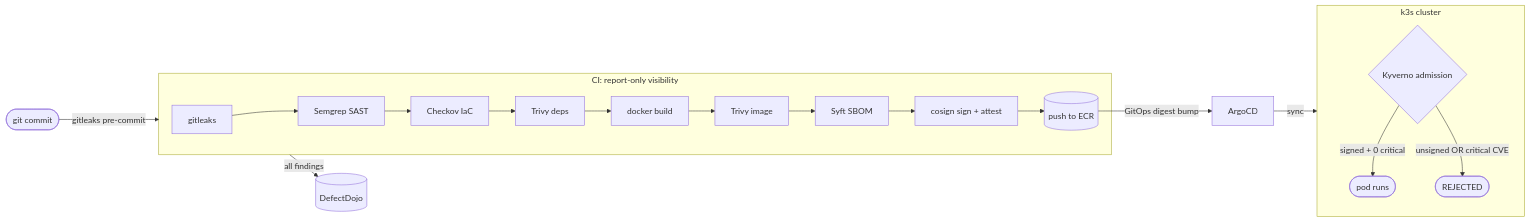
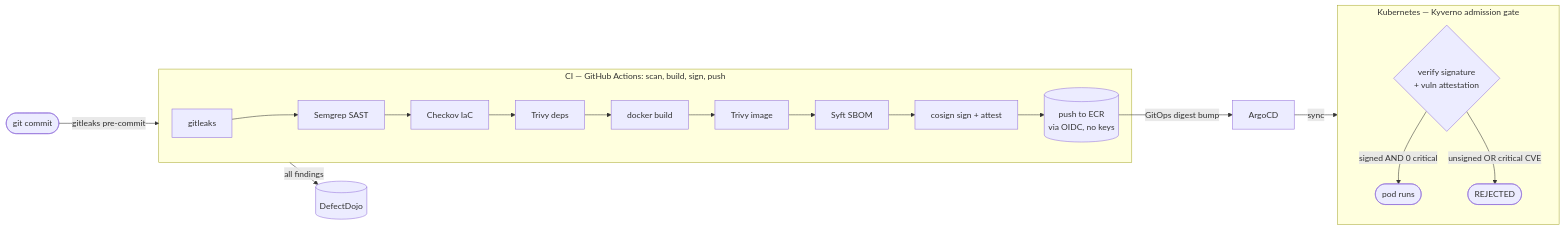
The diagram in README.md (Advit105/secure-supply-chain-pipeline), drawn with Mermaid before and after one commit. The commit also changed other lines of this file and 3 other files, not shown here.

````diff
--- a/README.md
+++ b/README.md
@@ -16,25 +51,25 @@
 ```mermaid
 flowchart LR
   dev([git commit]) -->|gitleaks pre-commit| ci
 
-  subgraph ci [CI: report-only visibility]
+  subgraph ci [CI — GitHub Actions: scan, build, sign, push]
     gl[gitleaks] --> sg[Semgrep SAST]
     sg --> cv[Checkov IaC]
     cv --> tf[Trivy deps]
     tf --> build[docker build]
     build --> ti[Trivy image]
     ti --> sbom[Syft SBOM]
     sbom --> sign[cosign sign + attest]
-    sign --> ecr[(push to ECR)]
+    sign --> ecr[(push to ECR<br/>via OIDC, no keys)]
   end
 
   ci -->|all findings| dd[(DefectDojo)]
   ecr -->|GitOps digest bump| argo[ArgoCD]
   argo -->|sync| k3s
 
-  subgraph k3s [k3s cluster]
-    kyv{Kyverno admission}
-    kyv -->|signed + 0 critical| run([pod runs])
+  subgraph k3s [Kubernetes — Kyverno admission gate]
+    kyv{verify signature<br/>+ vuln attestation}
+    kyv -->|signed AND 0 critical| run([pod runs])
     kyv -->|unsigned OR critical CVE| deny([REJECTED])
   end
 ```
````
